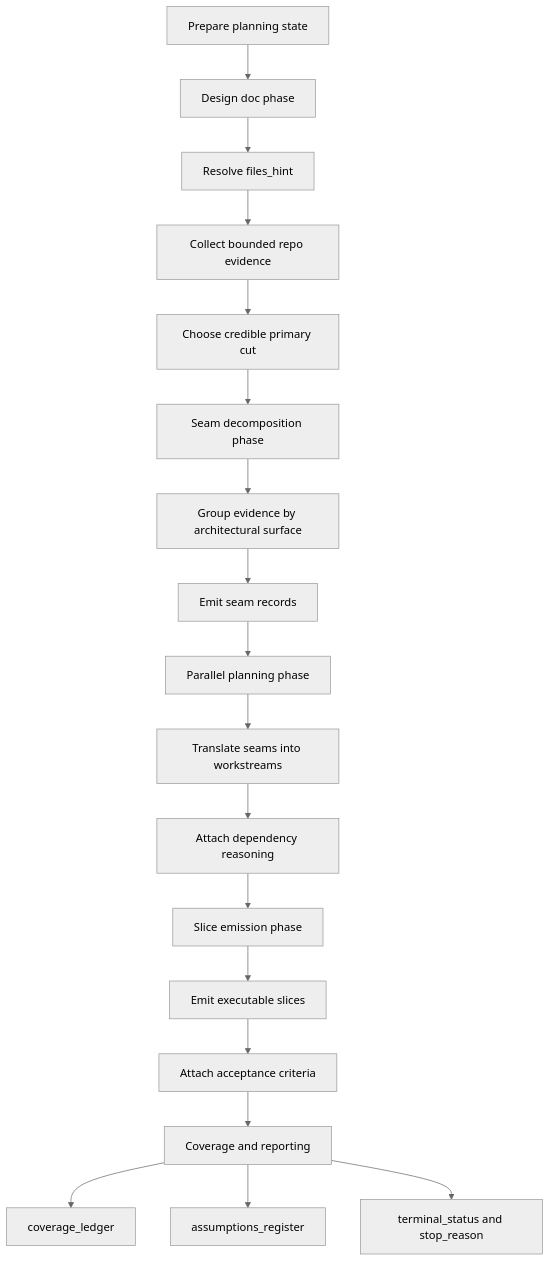
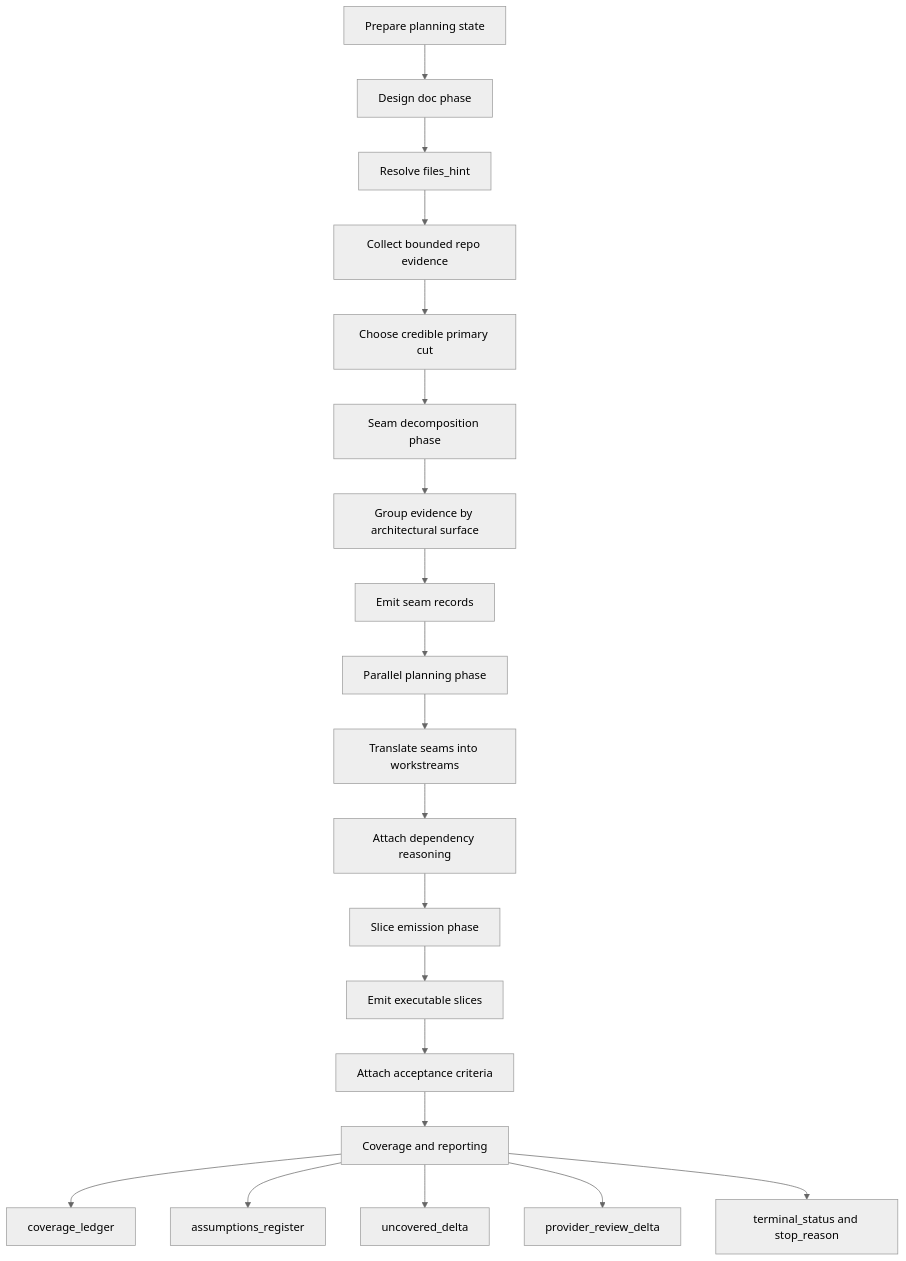
Before and after one commit to Spenquatch/forge: the second of 4 diagrams in docs/planning_runtime_process.md, drawn with Mermaid (neutral theme). The commit also changed other lines of this file and 18 other files, not shown here.

````diff
--- a/docs/planning_runtime_process.md
+++ b/docs/planning_runtime_process.md
@@ -51,24 +53,26 @@
 ```mermaid
 flowchart TD
     A["Prepare planning state"] --> B["Design doc phase"]
     B --> B1["Resolve files_hint"]
     B1 --> B2["Collect bounded repo evidence"]
     B2 --> B3["Choose credible primary cut"]
 
     B3 --> C["Seam decomposition phase"]
     C --> C1["Group evidence by architectural surface"]
     C1 --> C2["Emit seam records"]
 
     C2 --> D["Parallel planning phase"]
     D --> D1["Translate seams into workstreams"]
     D1 --> D2["Attach dependency reasoning"]
 
     D2 --> E["Slice emission phase"]
     E --> E1["Emit executable slices"]
     E1 --> E2["Attach acceptance criteria"]
 
     E2 --> F["Coverage and reporting"]
     F --> F1["coverage_ledger"]
     F --> F2["assumptions_register"]
-    F --> F3["terminal_status and stop_reason"]
+    F --> F3["uncovered_delta"]
+    F --> F4["provider_review_delta"]
+    F --> F5["terminal_status and stop_reason"]
 ```
````
